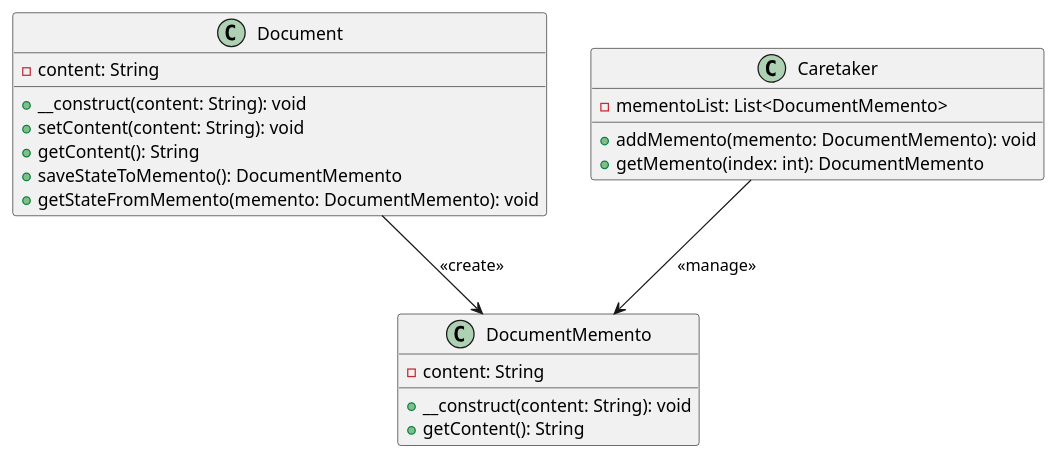
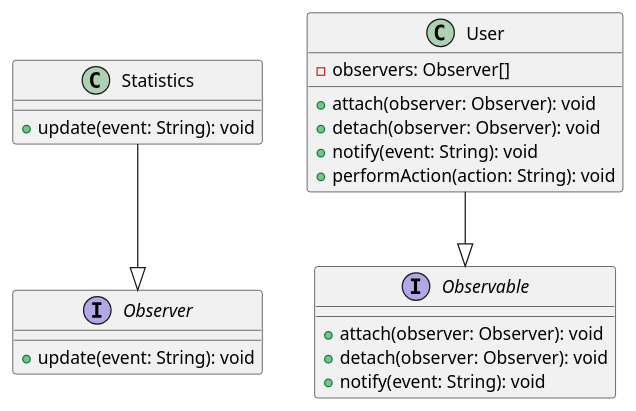
The diagram in klassifikaciya-patternov/povedencheskie-patterny-behavioral-patterns/nablyudatel-observer/primery/obnovlenie-statistiki/php.md (andrewovchinnikov/design-patterns), drawn with PlantUML before and after one commit. The commit also changed other lines of this file and 122 other files, not shown here.

````diff
--- a/klassifikaciya-patternov/povedencheskie-patterny-behavioral-patterns/nablyudatel-observer/primery/obnovlenie-statistiki/php.md
+++ b/klassifikaciya-patternov/povedencheskie-patterny-behavioral-patterns/nablyudatel-observer/primery/obnovlenie-statistiki/php.md
@@ -113,29 +89,30 @@
 ```plantuml
 @startuml
 
-class Document {
-    -content: String
-    +__construct(content: String): void
-    +setContent(content: String): void
-    +getContent(): String
-    +saveStateToMemento(): DocumentMemento
-    +getStateFromMemento(memento: DocumentMemento): void
+interface Observer {
+    +update(event: String): void
 }
 
-class DocumentMemento {
-    -content: String
-    +__construct(content: String): void
-    +getContent(): String
+interface Observable {
+    +attach(observer: Observer): void
+    +detach(observer: Observer): void
+    +notify(event: String): void
 }
 
-class Caretaker {
-    -mementoList: List<DocumentMemento>
-    +addMemento(memento: DocumentMemento): void
-    +getMemento(index: int): DocumentMemento
+class User {
+    -observers: Observer[]
+    +attach(observer: Observer): void
+    +detach(observer: Observer): void
+    +notify(event: String): void
+    +performAction(action: String): void
 }
 
-Document --> DocumentMemento: <<create>>
-Caretaker --> DocumentMemento: <<manage>>
+class Statistics {
+    +update(event: String): void
+}
+
+User --|> Observable
+Statistics --|> Observer
 
 @enduml
 ```
````
